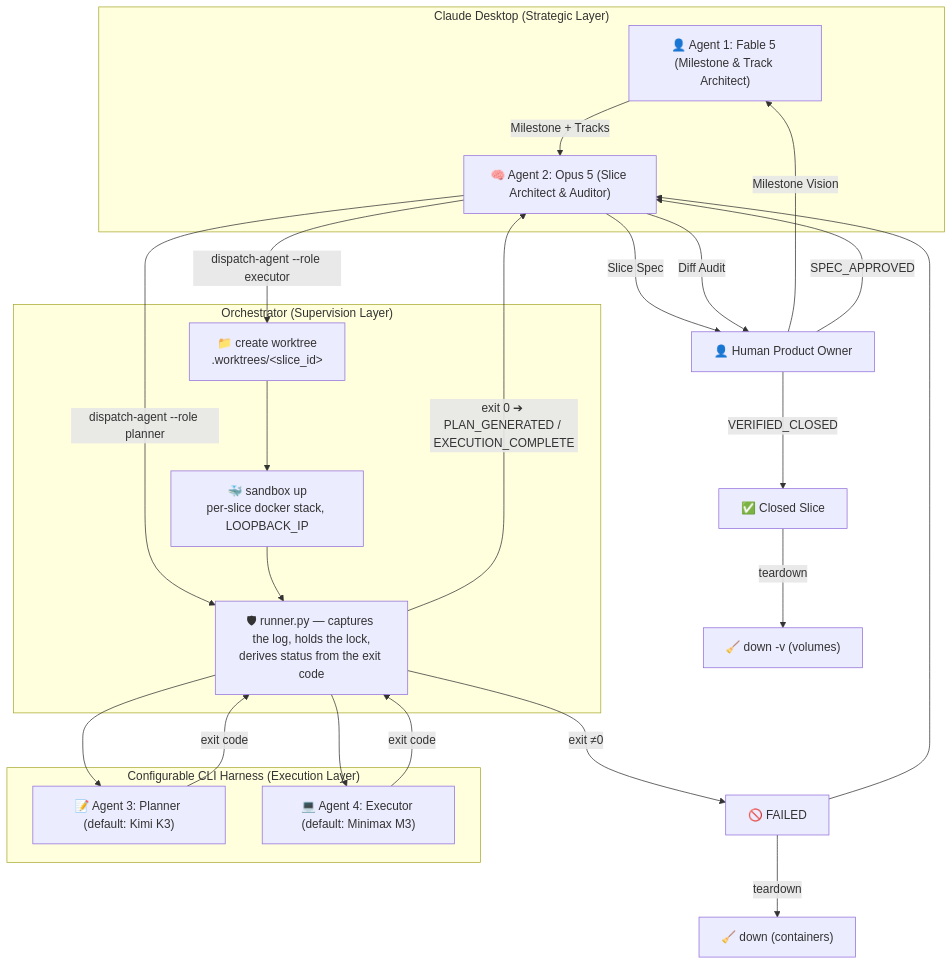
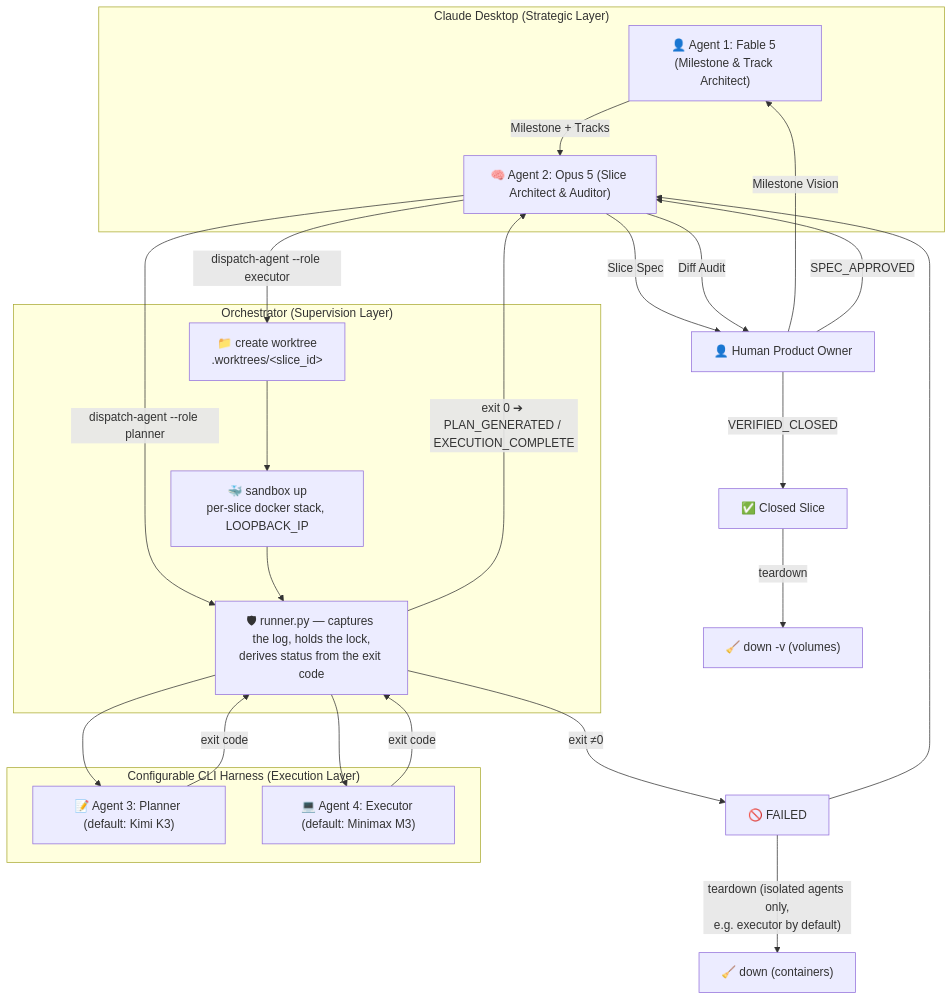
One commit to ramil-zakirov-dev/superpowers-multiagents changed the diagram in README.md. Above: the diagram before and after it, drawn with Mermaid. The commit also changed 5 other files, not shown here.

Commit message:
docs(sandbox): fix broken CLI examples introduced by the last fix, document the isolated-only teardown scope, add disabled-sandbox test coverage

````diff
--- a/README.md
+++ b/README.md
@@ -50,39 +50,39 @@
 ```mermaid
 flowchart TD
     subgraph GUI ["Claude Desktop (Strategic Layer)"]
         A1["👤 Agent 1: Fable 5 (Milestone & Track Architect)"]
         A2["🧠 Agent 2: Opus 5 (Slice Architect & Auditor)"]
     end
 
     subgraph SUP ["Orchestrator (Supervision Layer)"]
         W["📁 create worktree<br/>.worktrees/&lt;slice_id&gt;"]
         SB["🐳 sandbox up<br/>per-slice docker stack, LOOPBACK_IP"]
         R["🛡 runner.py — captures the log, holds the lock,<br/>derives status from the exit code"]
     end
 
     subgraph CLI ["Configurable CLI Harness (Execution Layer)"]
         A3["📝 Agent 3: Planner (default: Kimi K3)"]
         A4["💻 Agent 4: Executor (default: Minimax M3)"]
     end
 
     Human["👤 Human Product Owner"] -->|"Milestone Vision"| A1
     A1 -->|"Milestone + Tracks"| A2
     A2 -->|"Slice Spec"| Human
     Human -->|"SPEC_APPROVED"| A2
 
     A2 -->|"dispatch-agent --role planner"| R
     A2 -->|"dispatch-agent --role executor"| W
     W --> SB
     SB --> R
     R --> A3
     R --> A4
     A3 -->|"exit code"| R
     A4 -->|"exit code"| R
     R -->|"exit 0 ➔ PLAN_GENERATED / EXECUTION_COMPLETE"| A2
     R -->|"exit ≠0"| F["🚫 FAILED"]
     F --> A2
-    F -->|"teardown"| TD1["🧹 down (containers)"]
+    F -->|"teardown (isolated agents only,<br/>e.g. executor by default)"| TD1["🧹 down (containers)"]
     A2 -->|"Diff Audit"| Human
     Human -->|"VERIFIED_CLOSED"| Done["✅ Closed Slice"]
     Done -->|"teardown"| TD2["🧹 down -v (volumes)"]
 ```
````
